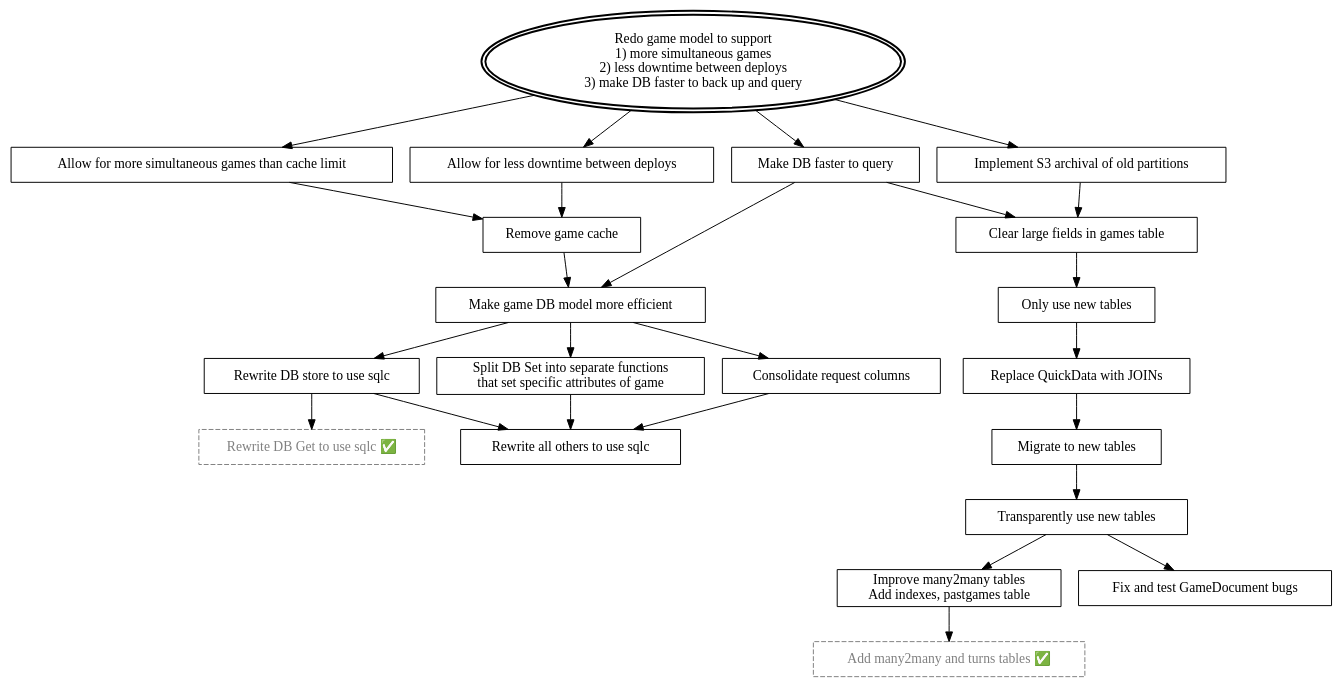
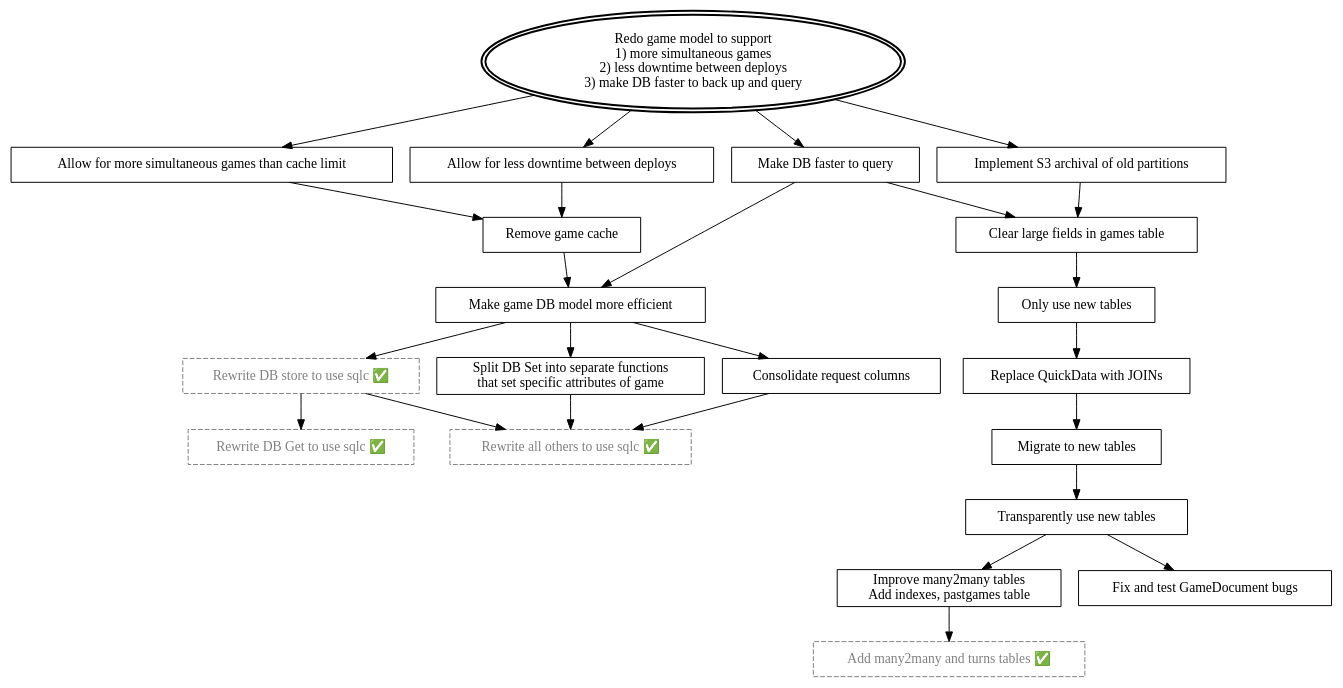
The diagram in docs/mikado/remove-game-caches.dot (woogles-io/liwords), drawn with Graphviz before and after one commit.

Commit message:
update mikado chart

```diff
--- a/docs/mikado/remove-game-caches.dot
+++ b/docs/mikado/remove-game-caches.dot
@@ -1,63 +1,63 @@
 digraph RedoGameModel {
     Goal [label="Redo game model to support\n1) more simultaneous games\n2) less downtime between deploys\n3) make DB faster to back up and query";
     shape=oval, peripheries=2, style=bold];
 
     // Define a reusable style for "checked nodes"  ✅
     node [shape=box, color=gray, fontcolor=gray, style=dashed];
     DBGet [label="Rewrite DB Get to use sqlc ✅"];
     AddOtherTables [label="Add many2many and turns tables ✅"];
-
+    SQLCDBStore [label="Rewrite DB store to use sqlc ✅"];
+    SQLCOtherFuncs [label="Rewrite all others to use sqlc ✅"];
     // Reset to default for other uncompleted nodes
     node [shape=box, color=black, fontcolor=black, style=solid];
 
     MoreSimultaneousGames [label="Allow for more simultaneous games than cache limit"];
     LessDowntimeBetweenDeploys [label="Allow for less downtime between deploys"];
     MakeDBFaster [label="Make DB faster to query"];
 
     ImproveOtherTables [label="Improve many2many tables\nAdd indexes, pastgames table"];
     OnlyUseOtherTables [label="Only use new tables"];
     MigrateToNewTables [label="Migrate to new tables"];
     UseOtherTables [label="Transparently use new tables"];
     RemoveGameCache [label="Remove game cache"];
     EfficientTable [label="Make game DB model more efficient"];
 
     FixGameDocumentBugs [label="Fix and test GameDocument bugs"];
-    SQLCDBStore [label="Rewrite DB store to use sqlc"];
-    SQLCOtherFuncs [label="Rewrite all others to use sqlc"];
+
     DBSetSplit [label="Split DB Set into separate functions\nthat set specific attributes of game"];
 
     ConsolidateRequestColumns [label="Consolidate request columns"];
     ReplaceQuickData [label="Replace QuickData with JOINs"];
 
     ClearLargeFields [label="Clear large fields in games table"];
     ImplementS3Archival [label="Implement S3 archival of old partitions"];
     // Arrows
     Goal -> MoreSimultaneousGames;
     Goal -> LessDowntimeBetweenDeploys;
     Goal -> MakeDBFaster;
     Goal -> ImplementS3Archival;
 
     MoreSimultaneousGames -> RemoveGameCache;
     LessDowntimeBetweenDeploys -> RemoveGameCache;
     MakeDBFaster -> EfficientTable;
 
     RemoveGameCache -> EfficientTable;
     OnlyUseOtherTables -> ReplaceQuickData;
     ReplaceQuickData -> MigrateToNewTables;
 
     MigrateToNewTables -> UseOtherTables;
     ImproveOtherTables -> AddOtherTables;
     EfficientTable -> SQLCDBStore;
     EfficientTable -> DBSetSplit;
     DBSetSplit -> SQLCOtherFuncs;
     UseOtherTables -> ImproveOtherTables;
     UseOtherTables -> FixGameDocumentBugs;
     SQLCDBStore -> DBGet;
     SQLCDBStore -> SQLCOtherFuncs;
     ConsolidateRequestColumns -> SQLCOtherFuncs;
     EfficientTable -> ConsolidateRequestColumns;
     MakeDBFaster -> ClearLargeFields;
     ClearLargeFields -> OnlyUseOtherTables;
     ImplementS3Archival -> ClearLargeFields;
 
 }
```
